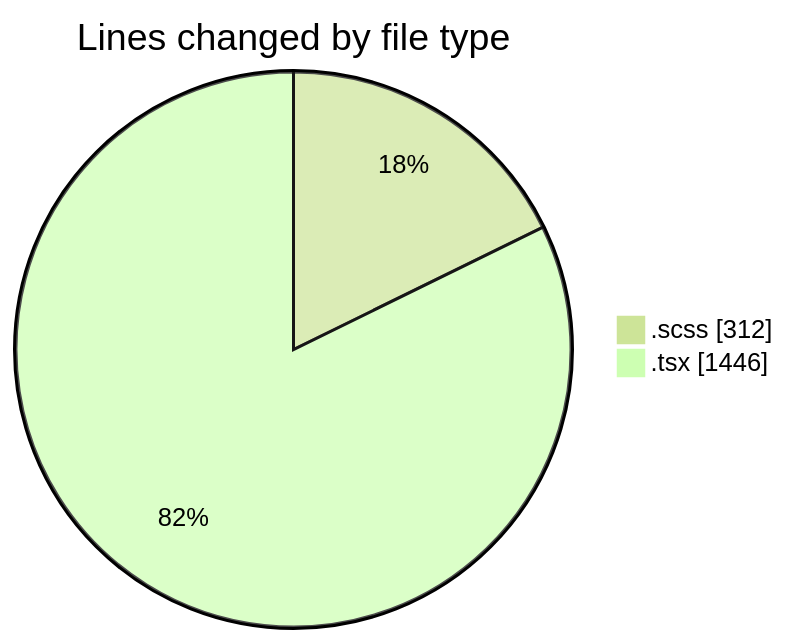
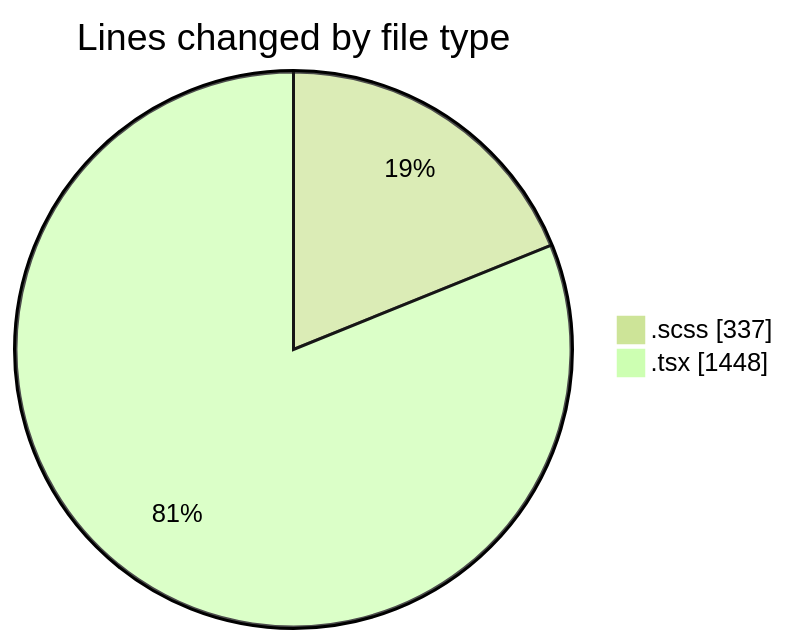
One commit to momahboobian/code-tracking changed the first of 2 diagrams in 2025-08-28/cda/README.md. Above: the diagram before and after it, drawn with Mermaid (forest theme). The commit also changed other lines of this file and 1 other file, not shown here.

````diff
--- a/2025-08-28/cda/README.md
+++ b/2025-08-28/cda/README.md
@@ -25,6 +26,6 @@
 ```mermaid
 pie showData
 title Lines changed by file type
-".scss" : 312
-".tsx" : 1446
+".scss" : 337
+".tsx" : 1448
 ```
````
